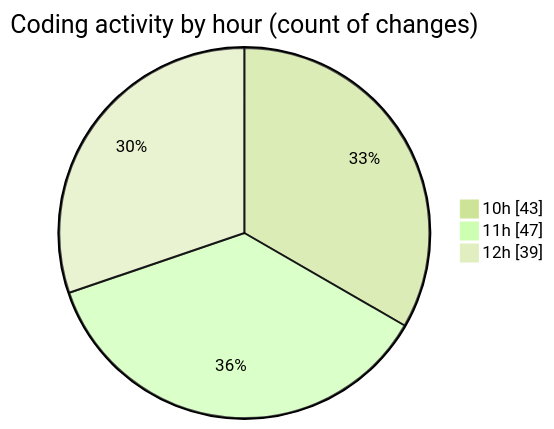
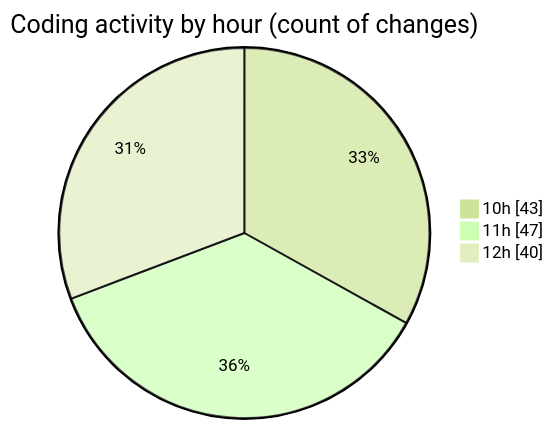
Before and after one commit to momahboobian/code-tracking: the second of 2 diagrams in 2025-02-10/cda/README.md, drawn with Mermaid (forest theme). The commit also changed other lines of this file and 1 other file, not shown here.

````diff
--- a/2025-02-10/cda/README.md
+++ b/2025-02-10/cda/README.md
@@ -35,7 +35,7 @@
 ```mermaid
 pie showData
 title Coding activity by hour (count of changes)
 "10h" : 43
 "11h" : 47
-"12h" : 39
+"12h" : 40
 ```
````
